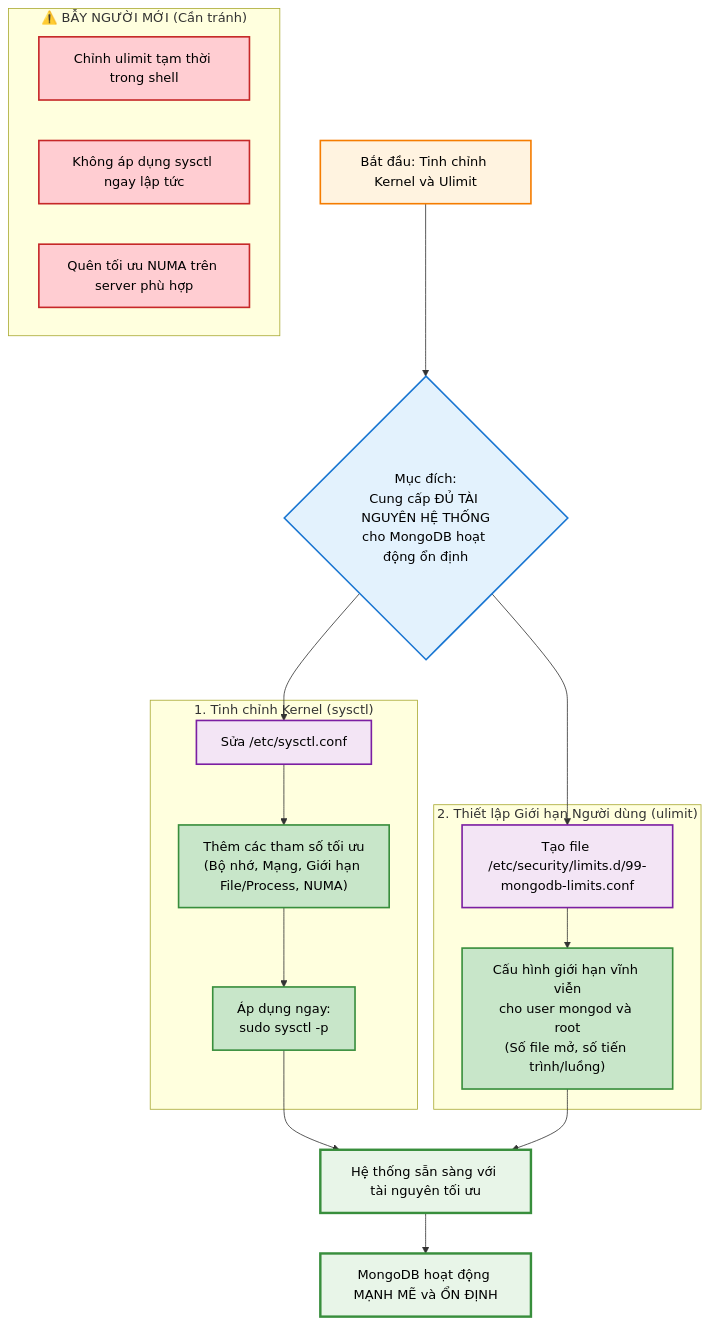
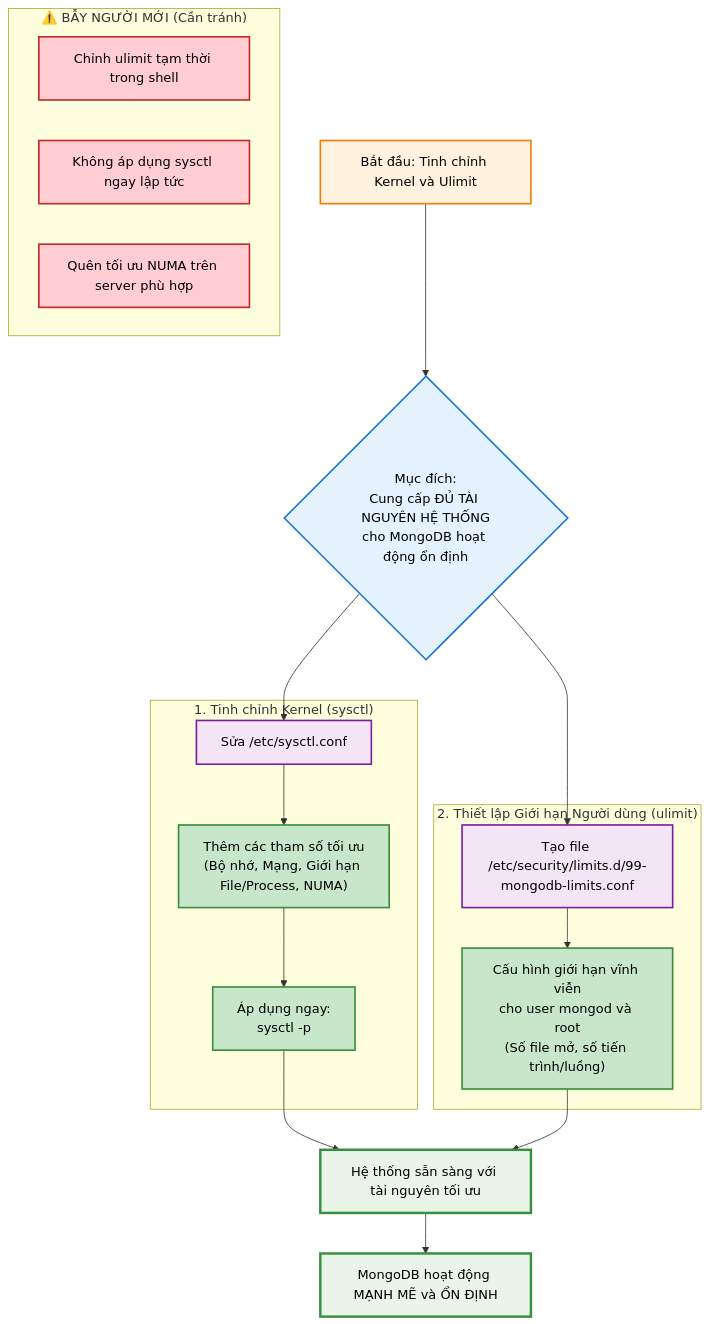
Before and after one commit to ngockhanhvd2812/DBA: the tenth of 25 diagrams in DB/Mongo-Sharding/mongo-sharding-practice.md, drawn with Mermaid. The commit also changed other lines of this file, not shown here.

````diff
--- a/DB/Mongo-Sharding/mongo-sharding-practice.md
+++ b/DB/Mongo-Sharding/mongo-sharding-practice.md
@@ -825,44 +825,44 @@
 ```mermaid 
 flowchart TD
     A[Bắt đầu: Tinh chỉnh Kernel và Ulimit] --> B{Mục đích:<br/>Cung cấp ĐỦ TÀI NGUYÊN HỆ THỐNG<br/>cho MongoDB hoạt động ổn định};
     
     subgraph "1. Tinh chỉnh Kernel (sysctl)"
         C1["Sửa /etc/sysctl.conf"] --> C2["Thêm các tham số tối ưu<br/>(Bộ nhớ, Mạng, Giới hạn File/Process, NUMA)"];
-        C2 --> C3["Áp dụng ngay:<br/>sudo sysctl -p"];
+        C2 --> C3["Áp dụng ngay:<br/>sysctl -p"];
     end
     
     subgraph "2. Thiết lập Giới hạn Người dùng (ulimit)"
         D1["Tạo file /etc/security/limits.d/99-mongodb-limits.conf"] --> D2["Cấu hình giới hạn vĩnh viễn<br/>cho user mongod và root<br/>(Số file mở, số tiến trình/luồng)"];
     end
     
     B --> C1;
     B --> D1;
     
     subgraph "⚠️ BẪY NGƯỜI MỚI (Cần tránh)"
         P1["Chỉnh ulimit tạm thời trong shell"];
         P2["Không áp dụng sysctl ngay lập tức"];
         P3["Quên tối ưu NUMA trên server phù hợp"];
     end
     
     C3 --> E[Hệ thống sẵn sàng với tài nguyên tối ưu];
     D2 --> E;
     
     E --> F[MongoDB hoạt động MẠNH MẼ và ỔN ĐỊNH];
     
     %% Định nghĩa style classes
     classDef startNode fill:#fff3e0,stroke:#f57c00,stroke-width:2px,color:#000
     classDef purposeNode fill:#e3f2fd,stroke:#1976d2,stroke-width:2px,color:#000
     classDef configStep fill:#f3e5f5,stroke:#7b1fa2,stroke-width:2px,color:#000
     classDef applyStep fill:#c8e6c9,stroke:#388e3c,stroke-width:2px,color:#000
     classDef endNode fill:#e8f5e8,stroke:#388e3c,stroke-width:3px,color:#000
     classDef trapNode fill:#ffcdd2,stroke:#c62828,stroke-width:2px,color:#000
     
     %% Áp dụng styles
     class A startNode
     class B purposeNode
     class C1,D1 configStep
     class C2,D3 applyStep
     class C3,D2 applyStep
     class E,F endNode
     class P1,P2,P3 trapNode
 ``` 
````
